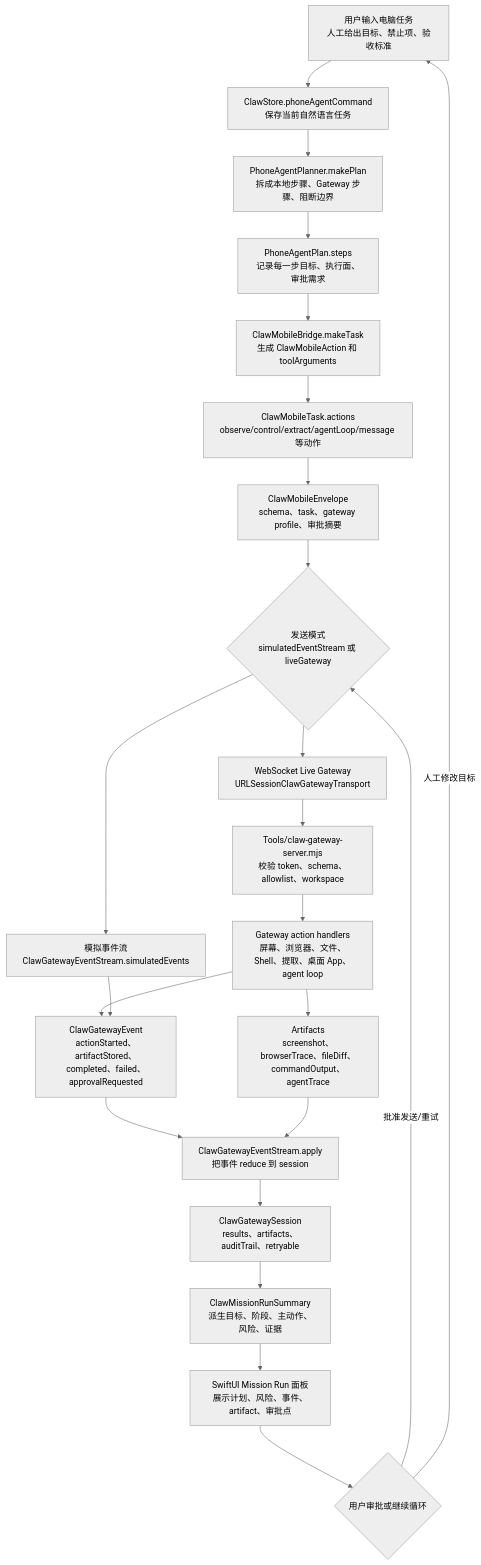
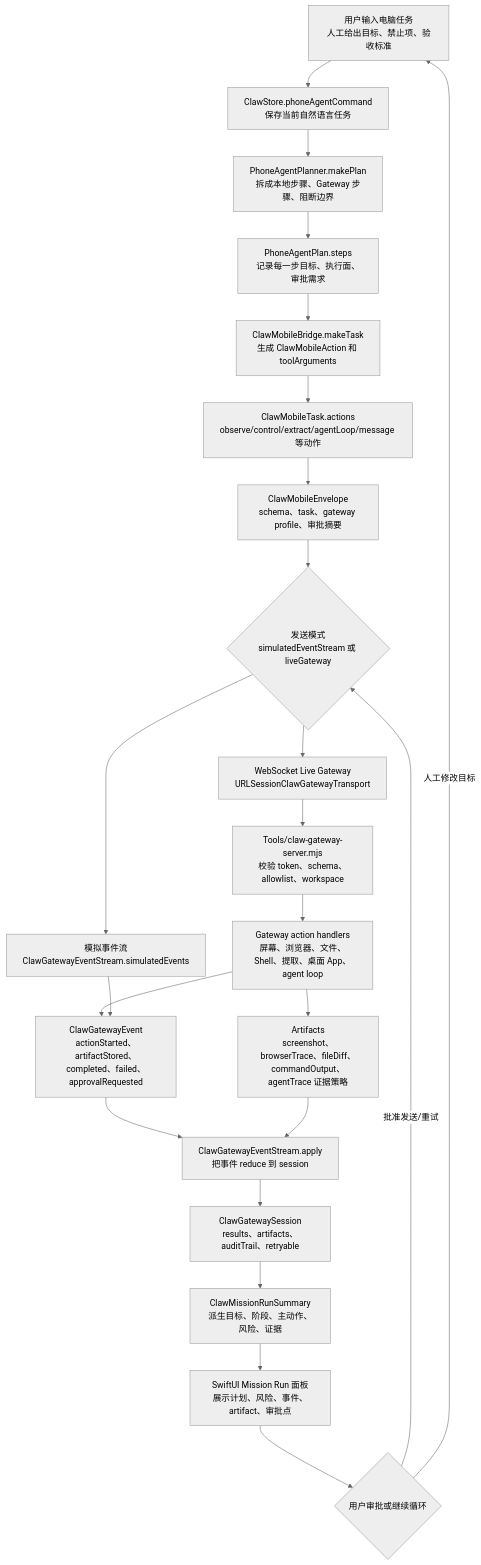
One commit to Altman-sam114/115 changed the first of 3 diagrams in md/flow/flowchart.md. Above: the diagram before and after it, drawn with Mermaid (neutral theme). The commit also changed other lines of this file and 8 other files, not shown here.

Commit message:
v0.6: 增强 AgentTrace 证据策略

````diff
--- a/md/flow/flowchart.md
+++ b/md/flow/flowchart.md
@@ -9,25 +9,25 @@
 ```mermaid
 flowchart TD
   U["用户输入电脑任务<br/>人工给出目标、禁止项、验收标准"] --> S["ClawStore.phoneAgentCommand<br/>保存当前自然语言任务"]
   S --> P["PhoneAgentPlanner.makePlan<br/>拆成本地步骤、Gateway 步骤、阻断边界"]
   P --> T["PhoneAgentPlan.steps<br/>记录每一步目标、执行面、审批需求"]
   T --> B["ClawMobileBridge.makeTask<br/>生成 ClawMobileAction 和 toolArguments"]
   B --> A["ClawMobileTask.actions<br/>observe/control/extract/agentLoop/message 等动作"]
   A --> E["ClawMobileEnvelope<br/>schema、task、gateway profile、审批摘要"]
   E --> M{"发送模式<br/>simulatedEventStream 或 liveGateway"}
   M --> SIM["模拟事件流<br/>ClawGatewayEventStream.simulatedEvents"]
   M --> LIVE["WebSocket Live Gateway<br/>URLSessionClawGatewayTransport"]
   LIVE --> G["Tools/claw-gateway-server.mjs<br/>校验 token、schema、allowlist、workspace"]
   G --> H["Gateway action handlers<br/>屏幕、浏览器、文件、Shell、提取、桌面 App、agent loop"]
-  H --> ART["Artifacts<br/>screenshot、browserTrace、fileDiff、commandOutput、agentTrace"]
+  H --> ART["Artifacts<br/>screenshot、browserTrace、fileDiff、commandOutput、agentTrace 证据策略"]
   H --> EVT["ClawGatewayEvent<br/>actionStarted、artifactStored、completed、failed、approvalRequested"]
   SIM --> EVT
   EVT --> R["ClawGatewayEventStream.apply<br/>把事件 reduce 到 session"]
   ART --> R
   R --> SES["ClawGatewaySession<br/>results、artifacts、auditTrail、retryable"]
   SES --> RUN["ClawMissionRunSummary<br/>派生目标、阶段、主动作、风险、证据"]
   RUN --> UI["SwiftUI Mission Run 面板<br/>展示计划、风险、事件、artifact、审批点"]
   UI --> LOOP{"用户审批或继续循环"}
   LOOP -->|"批准发送/重试"| M
   LOOP -->|"人工修改目标"| U
 ```
````
